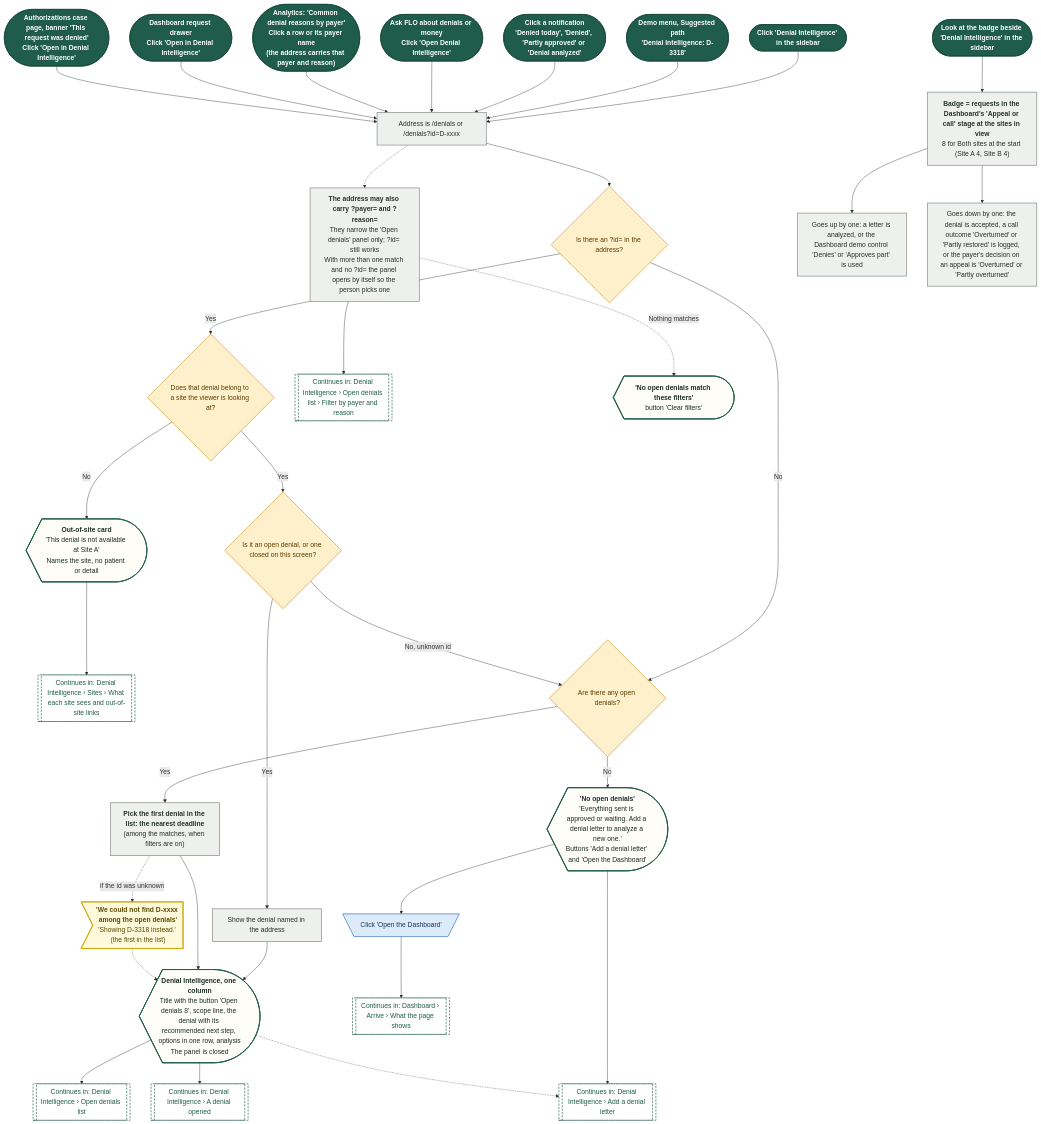
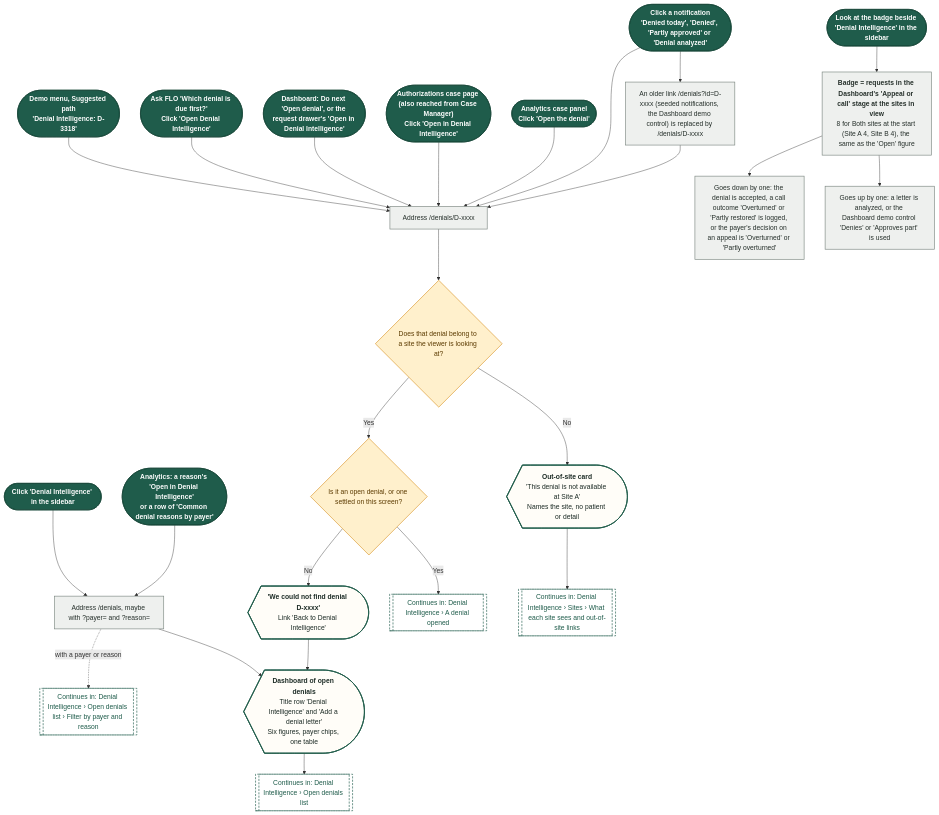
Before and after one commit to Shrav143/psyfloapp: the first of 28 diagrams in demos/prior-auth-demo/workflows/out/md/06-denials.md, drawn with Mermaid. The commit also changed other lines of this file and 202 other files, not shown here.

First line of the commit message:
docs: round 6 README, CONVENTIONS, spec section 17, diagram module blurbs and 336 rebuilt diagrams

````diff
--- a/demos/prior-auth-demo/workflows/out/md/06-denials.md
+++ b/demos/prior-auth-demo/workflows/out/md/06-denials.md
@@ -13,82 +13,66 @@
 ```mermaid
 %%{init: {"theme":"base","themeVariables":{"fontFamily":"'DM Sans', 'Segoe UI', system-ui, sans-serif","fontSize":"15px","lineColor":"#5B6B63","primaryTextColor":"#1C2B25","clusterBkg":"#FBF8F3","clusterBorder":"#D9CDBB","edgeLabelBackground":"#FFFFFF"},"flowchart":{"curve":"basis","nodeSpacing":36,"rankSpacing":48,"padding":12,"htmlLabels":true,"useMaxWidth":false,"wrappingWidth":230}} }%%
 flowchart TD
   classDef k_start fill:#1F5C4B,stroke:#174638,color:#FFFFFF,stroke-width:1.5px,font-weight:600
   classDef k_end fill:#DDEFE3,stroke:#2E7D4F,color:#14502F,stroke-width:1.5px,font-weight:600
   classDef k_endx fill:#FBE3E0,stroke:#C0392B,color:#7A1F16,stroke-width:1.5px,font-weight:600
   classDef k_screen fill:#FFFDF8,stroke:#1F5C4B,color:#1C2B25,stroke-width:2px
   classDef k_overlay fill:#F1F7F3,stroke:#1F5C4B,color:#1C2B25,stroke-width:2px,stroke-dasharray:5 3
   classDef k_click fill:#DCEBFA,stroke:#2F6DB5,color:#12365F,stroke-width:1.5px
   classDef k_input fill:#E4E7FF,stroke:#4C5FD5,color:#1D2670,stroke-width:1.5px
   classDef k_process fill:#EEF0EE,stroke:#7A857F,color:#26302B,stroke-width:1.5px
   classDef k_agent fill:#EEE5FA,stroke:#7A4FC2,color:#341A63,stroke-width:1.5px
   classDef k_decision fill:#FFF0CC,stroke:#D9962B,color:#5C3B00,stroke-width:1.5px
   classDef k_store fill:#D5F0EA,stroke:#1C8E7B,color:#0B4A3F,stroke-width:1.5px
   classDef k_doc fill:#F6E9DC,stroke:#B07A4C,color:#4A2E14,stroke-width:1.5px
   classDef k_ext fill:#FFE6D2,stroke:#E07B39,color:#6B2F06,stroke-width:1.5px
   classDef k_wait fill:#E4E8EE,stroke:#6B7C93,color:#26303D,stroke-width:1.5px
   classDef k_toast fill:#FFF9DB,stroke:#C9A400,color:#5A4A00,stroke-width:1.5px
   classDef k_goto fill:#FFFFFF,stroke:#1F5C4B,color:#1F5C4B,stroke-width:1.5px,stroke-dasharray:5 3
   s1@{ shape: stadium, label: "Click 'Denial Intelligence' in the sidebar" }
+  s5@{ shape: stadium, label: "<b>Analytics: a reason's 'Open in Denial Intelligence'</b><br/>or a row of 'Common denial reasons by payer'" }
   s2@{ shape: stadium, label: "<b>Demo menu, Suggested path</b><br/>'Denial Intelligence: D-3318'" }
   s3@{ shape: stadium, label: "<b>Click a notification</b><br/>'Denied today', 'Denied', 'Partly approved' or 'Denial analyzed'" }
-  s4@{ shape: stadium, label: "<b>Ask FLO about denials or money</b><br/>Click 'Open Denial Intelligence'" }
-  s5@{ shape: stadium, label: "<b>Analytics: 'Common denial reasons by payer'</b><br/>Click a row or its payer name<br/>(the address carries that payer and reason)" }
-  s6@{ shape: stadium, label: "<b>Dashboard request drawer</b><br/>Click 'Open in Denial Intelligence'" }
-  s7@{ shape: stadium, label: "<b>Authorizations case page, banner 'This request was denied'</b><br/>Click 'Open in Denial Intelligence'" }
-  p1@{ shape: rect, label: "Address is /denials or /denials?id=D-xxxx" }
-  d1@{ shape: diam, label: "Is there an ?id= in the address?" }
+  s4@{ shape: stadium, label: "<b>Ask FLO 'Which denial is due first?'</b><br/>Click 'Open Denial Intelligence'" }
+  s6@{ shape: stadium, label: "Dashboard: Do next 'Open denial', or the request drawer's 'Open in Denial Intelligence'" }
+  s7@{ shape: stadium, label: "<b>Authorizations case page (also reached from Case Manager)</b><br/>Click 'Open in Denial Intelligence'" }
+  s9@{ shape: stadium, label: "<b>Analytics case panel</b><br/>Click 'Open the denial'" }
+  p0@{ shape: rect, label: "Address /denials, maybe with ?payer= and ?reason=" }
+  sc1@{ shape: curv-trap, label: "<b>Dashboard of open denials</b><br/>Title row 'Denial Intelligence' and 'Add a denial letter'<br/>Six figures, payer chips, one table" }
+  g1@{ shape: subproc, label: "Continues in: Denial Intelligence › Open denials list" }
+  g5@{ shape: subproc, label: "Continues in: Denial Intelligence › Open denials list › Filter by payer and reason" }
+  p1@{ shape: rect, label: "Address /denials/D-xxxx" }
+  pl@{ shape: rect, label: "An older link /denials?id=D-xxxx (seeded notifications, the Dashboard demo control) is replaced by /denials/D-xxxx" }
   dsite@{ shape: diam, label: "Does that denial belong to a site the viewer is looking at?" }
   sos@{ shape: curv-trap, label: "<b>Out-of-site card</b><br/>'This denial is not available at Site A'<br/>Names the site, no patient or detail" }
   gs@{ shape: subproc, label: "Continues in: Denial Intelligence › Sites › What each site sees and out-of-site links" }
-  d2@{ shape: diam, label: "Is it an open denial, or one closed on this screen?" }
-  d3@{ shape: diam, label: "Are there any open denials?" }
-  p2@{ shape: rect, label: "<b>Pick the first denial in the list: the nearest deadline</b><br/>(among the matches, when filters are on)" }
-  p3@{ shape: rect, label: "Show the denial named in the address" }
-  t1@{ shape: odd, label: "<b>'We could not find D-xxxx among the open denials'</b><br/>'Showing D-3318 instead.' (the first in the list)" }
-  sc1@{ shape: curv-trap, label: "<b>Denial Intelligence, one column</b><br/>Title with the button 'Open denials 8', scope line, the denial with its recommended next step, options in one row, analysis<br/>The panel is closed" }
-  sc2@{ shape: curv-trap, label: "<b>'No open denials'</b><br/>'Everything sent is approved or waiting. Add a denial letter to analyze a new one.'<br/>Buttons 'Add a denial letter' and 'Open the Dashboard'" }
-  c1@{ shape: trap-t, label: "Click 'Open the Dashboard'" }
-  g1@{ shape: subproc, label: "Continues in: Denial Intelligence › Open denials list" }
+  d2@{ shape: diam, label: "Is it an open denial, or one settled on this screen?" }
+  nf@{ shape: curv-trap, label: "<b>'We could not find denial D-xxxx'</b><br/>Link 'Back to Denial Intelligence'" }
   g2@{ shape: subproc, label: "Continues in: Denial Intelligence › A denial opened" }
-  g3@{ shape: subproc, label: "Continues in: Denial Intelligence › Add a denial letter" }
-  g4@{ shape: subproc, label: "Continues in: Dashboard › Arrive › What the page shows" }
-  pf@{ shape: rect, label: "<b>The address may also carry ?payer= and ?reason=</b><br/>They narrow the 'Open denials' panel only; ?id= still works<br/>With more than one match and no ?id= the panel opens by itself so the person picks one" }
-  g5@{ shape: subproc, label: "Continues in: Denial Intelligence › Open denials list › Filter by payer and reason" }
-  sc3@{ shape: curv-trap, label: "<b>'No open denials match these filters'</b><br/>button 'Clear filters'" }
   s8@{ shape: stadium, label: "Look at the badge beside 'Denial Intelligence' in the sidebar" }
-  b1@{ shape: rect, label: "<b>Badge = requests in the Dashboard's 'Appeal or call' stage at the sites in view</b><br/>8 for Both sites at the start (Site A 4, Site B 4)" }
+  b1@{ shape: rect, label: "<b>Badge = requests in the Dashboard's 'Appeal or call' stage at the sites in view</b><br/>8 for Both sites at the start (Site A 4, Site B 4), the same as the 'Open' figure" }
   b2@{ shape: rect, label: "Goes up by one: a letter is analyzed, or the Dashboard demo control 'Denies' or 'Approves part' is used" }
   b3@{ shape: rect, label: "Goes down by one: the denial is accepted, a call outcome 'Overturned' or 'Partly restored' is logged, or the payer's decision on an appeal is 'Overturned' or 'Partly overturned'" }
-  s1 --> p1
-  p1 -.-> pf --> g5
-  pf -.->|"Nothing matches"| sc3
+  s1 --> p0
+  s5 --> p0
+  p0 --> sc1 --> g1
+  p0 -.->|"with a payer or reason"| g5
   s2 --> p1
+  s3 --> pl --> p1
   s3 --> p1
   s4 --> p1
-  s5 --> p1
   s6 --> p1
   s7 --> p1
-  p1 --> d1
-  d1 -->|"No"| d3
-  d1 -->|"Yes"| dsite
+  s9 --> p1
+  p1 --> dsite
   dsite -->|"No"| sos --> gs
   dsite -->|"Yes"| d2
-  d2 -->|"Yes"| p3 --> sc1
-  d2 -->|"No, unknown id"| d3
-  d3 -->|"Yes"| p2 --> sc1
-  p2 -.->|"if the id was unknown"| t1 -.-> sc1
-  d3 -->|"No"| sc2
-  sc2 --> c1 --> g4
-  sc2 --> g3
-  sc1 --> g1 & g2
-  sc1 -.-> g3
+  d2 -->|"Yes"| g2
+  d2 -->|"No"| nf --> sc1
   s8 --> b1 --> b2 & b3
-  class s1,s2,s3,s4,s5,s6,s7,s8 k_start
-  class p1,p2,p3,pf,b1,b2,b3 k_process
-  class d1,dsite,d2,d3 k_decision
-  class sos,sc1,sc2,sc3 k_screen
-  class gs,g1,g2,g3,g4,g5 k_goto
-  class t1 k_toast
-  class c1 k_click
+  class s1,s5,s2,s3,s4,s6,s7,s9,s8 k_start
+  class p0,p1,pl,b1,b2,b3 k_process
+  class sc1,sos,nf k_screen
+  class g1,g5,gs,g2 k_goto
+  class dsite,d2 k_decision
 ```
````
